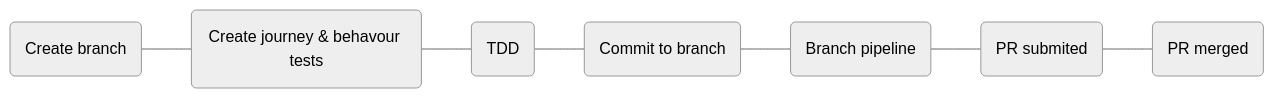
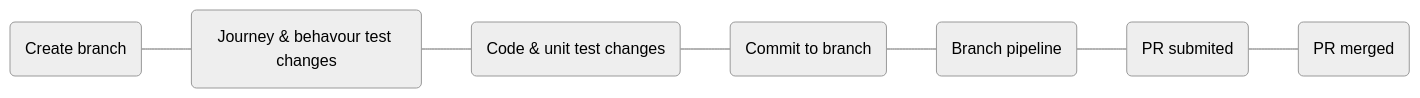
Before and after one commit to ContinuousEngineeringProject/ContinuousEngineeringProject.github.io: the third of 4 diagrams in docs/factory_pipelines.md, drawn with Mermaid (neutral theme). The commit also changed other lines of this file, not shown here.

````diff
--- a/docs/factory_pipelines.md
+++ b/docs/factory_pipelines.md
@@ -36,11 +36,12 @@
 ```mermaid
 flowchart LR
   id1(Create branch)
-  id2(Create journey & behavour tests)
-  id3(TDD)
+  id2(Journey & behavour test changes)
+  id3(Code & unit test changes)
   id4(Commit to branch)
   id5(Branch pipeline)
   id6(PR submited)
   id7(PR merged)
+  
   id1 --- id2 --- id3 --- id4 --- id5 --- id6 --- id7
 ```
````
